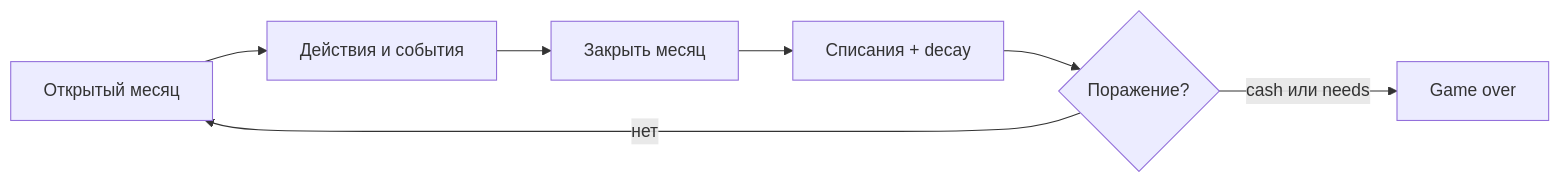
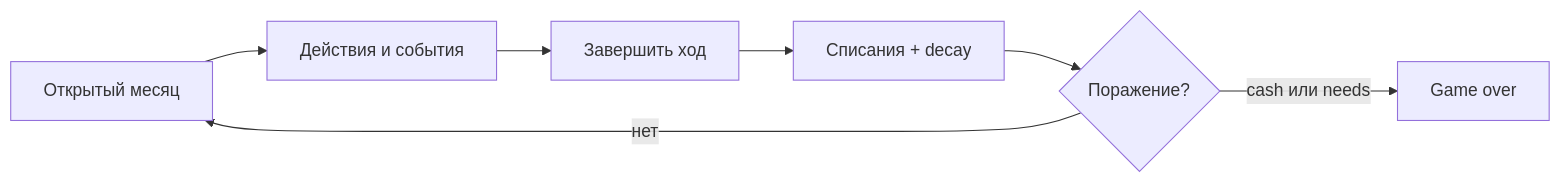
Before and after one commit to avyakunichkin-code/telegram-mini-app: the diagram in docs/handbook/GAME.md, drawn with Mermaid. The commit also changed other lines of this file and 32 other files, not shown here.

First line of the commit message:
UI-тексты и гигиена: «Завершить ход» везде, обращение на «ты», без XP и мусора Vite

````diff
--- a/docs/handbook/GAME.md
+++ b/docs/handbook/GAME.md
@@ -73,9 +73,9 @@
 ```mermaid
 flowchart LR
   A[Открытый месяц] --> B[Действия и события]
-  B --> C[Закрыть месяц]
+  B --> C[Завершить ход]
   C --> D[Списания + decay]
   D --> E{Поражение?}
   E -->|нет| A
   E -->|cash или needs| F[Game over]
 ```
````
